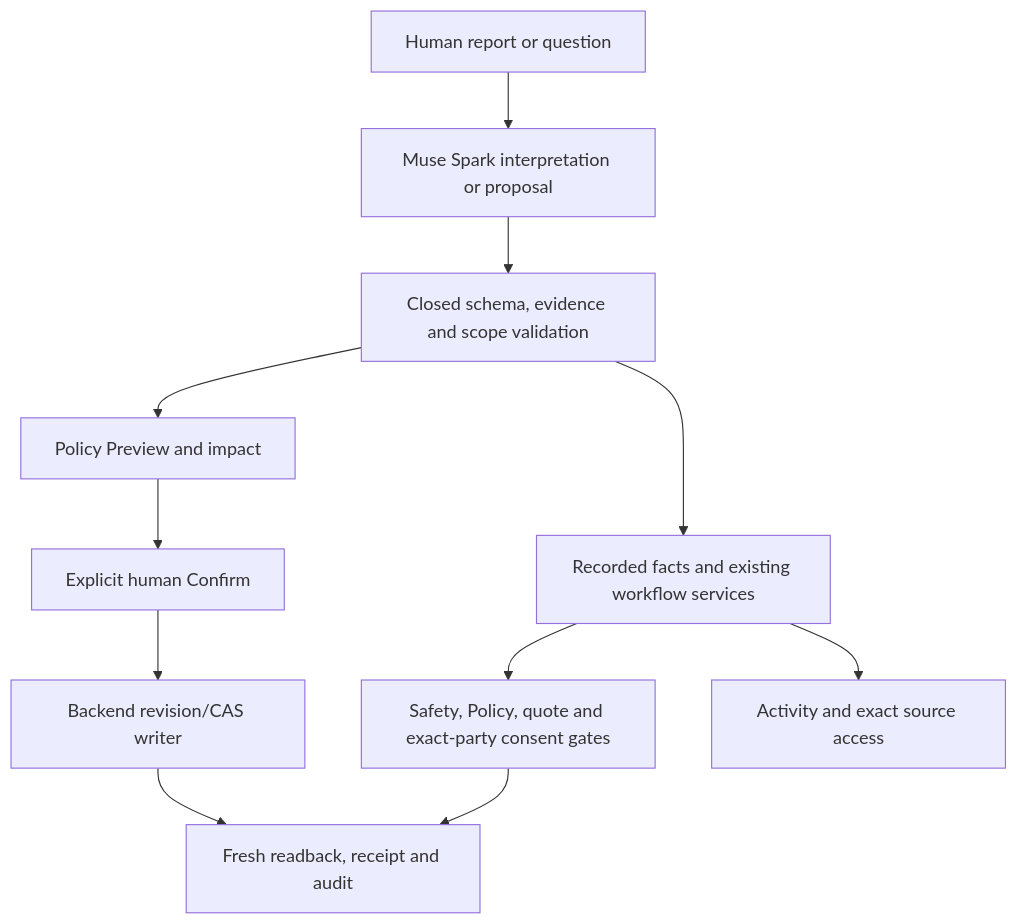
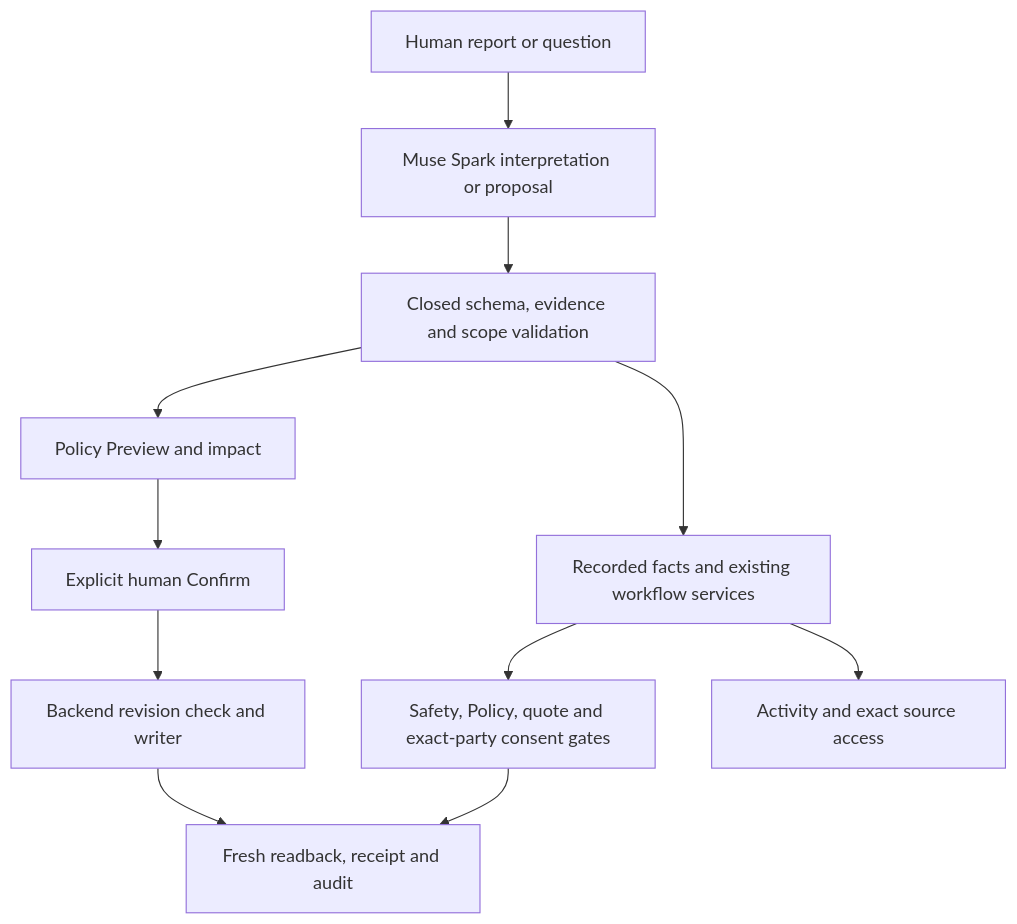
One commit to DeveloperXG/Artrelo-hackathon changed the diagram in README.md. Above: the diagram before and after it, drawn with Mermaid. The commit also changed other lines of this file, not shown here.

````diff
--- a/README.md
+++ b/README.md
@@ -47,13 +59,13 @@
 ```mermaid
 flowchart TD
   U[Human report or question] --> M[Muse Spark interpretation or proposal]
   M --> V[Closed schema, evidence and scope validation]
   V --> R[Recorded facts and existing workflow services]
   R --> H[Safety, Policy, quote and exact-party consent gates]
   V --> P[Policy Preview and impact]
   P --> C[Explicit human Confirm]
-  C --> W[Backend revision/CAS writer]
+  C --> W[Backend revision check and writer]
   W --> A[Fresh readback, receipt and audit]
   H --> A
   R --> S[Activity and exact source access]
 ```
````
